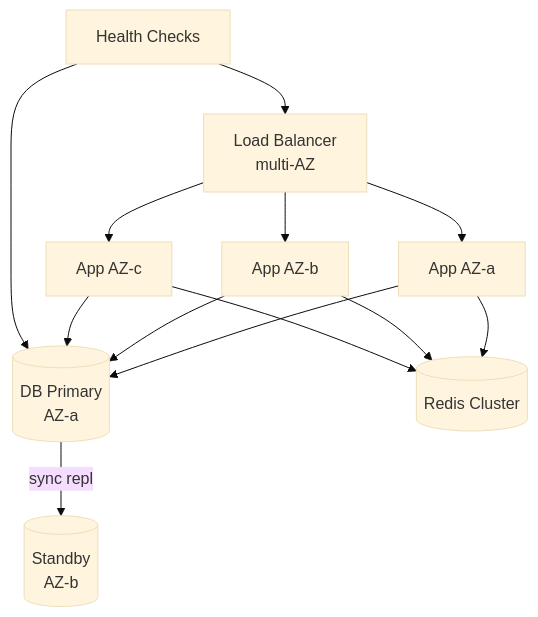
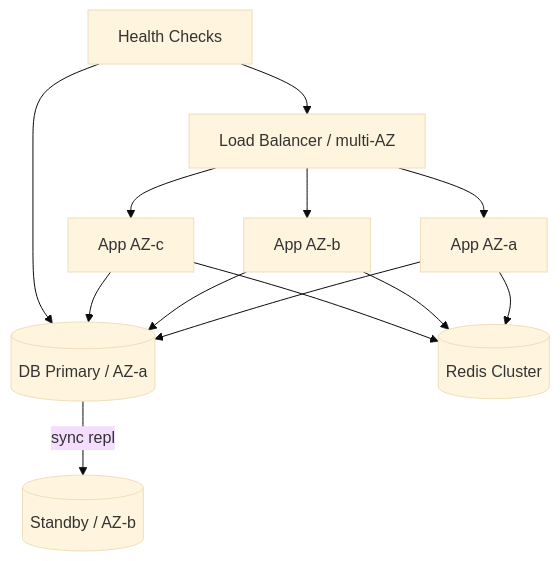
Before and after one commit to hareramcse/SystemDesign: the third of 21 diagrams in 12-reliability-engineering/README.md, drawn with Mermaid (base theme). The commit also changed other lines of this file and 14 other files, not shown here.

````diff
--- a/12-reliability-engineering/README.md
+++ b/12-reliability-engineering/README.md
@@ -141,11 +141,11 @@
 ```mermaid
 flowchart TB
-    LB[Load Balancer<br/>multi-AZ] --> A1[App AZ-a]
+    LB[Load Balancer / multi-AZ] --> A1[App AZ-a]
     LB --> A2[App AZ-b]
     LB --> A3[App AZ-c]
-    A1 & A2 & A3 --> DBP[(DB Primary<br/>AZ-a)]
-    DBP -->|sync repl| DBS[(Standby<br/>AZ-b)]
+    A1 & A2 & A3 --> DBP[(DB Primary / AZ-a)]
+    DBP -->|sync repl| DBS[(Standby / AZ-b)]
     A1 & A2 & A3 --> Cache[(Redis Cluster)]
     HC[Health Checks] --> LB
     HC --> DBP
 ```
````
